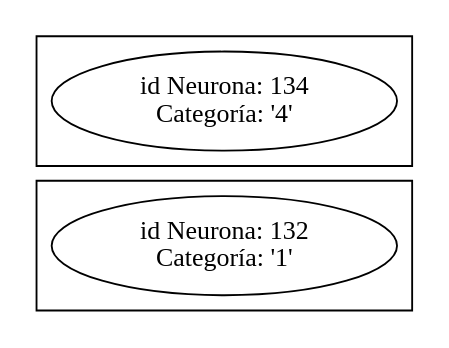
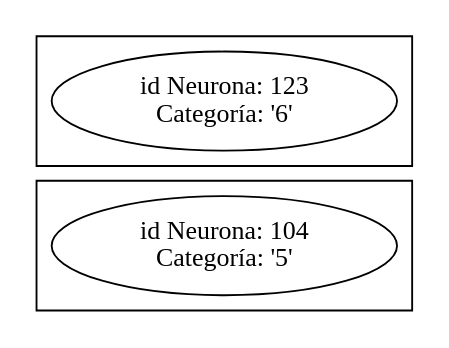
One commit to JohansSosa89/Brain-Cemisid-v1.5 changed the diagram in Obj/net_sight.dot. Above: the diagram before and after it, drawn with Graphviz. The commit also changed 89 other files, not shown here.

```diff
--- a/Obj/net_sight.dot
+++ b/Obj/net_sight.dot
@@ -1,110 +1,111 @@
 graph net_neuron{
 rankdir=LR;
 subgraph cluster_0{ }
-subgraph cluster_1{ "item132" [label=  "id Neurona: 132\nCategor&iacute;a: '1'"];
-}
+subgraph cluster_1{ }
 subgraph cluster_2{ }
 subgraph cluster_3{ }
-subgraph cluster_4{ "item134" [label=  "id Neurona: 134\nCategor&iacute;a: '4'"];
+subgraph cluster_4{ }
+subgraph cluster_5{ "item104" [label=  "id Neurona: 104\nCategor&iacute;a: '5'"];
 }
-subgraph cluster_5{ }
-subgraph cluster_6{ }
+subgraph cluster_6{ "item123" [label=  "id Neurona: 123\nCategor&iacute;a: '6'"];
+}
 subgraph cluster_7{ }
 subgraph cluster_8{ }
 subgraph cluster_9{ }
 subgraph cluster_10{ }
 subgraph cluster_11{ }
 subgraph cluster_12{ }
 subgraph cluster_13{ }
 subgraph cluster_14{ }
 subgraph cluster_15{ }
 subgraph cluster_16{ }
 subgraph cluster_17{ }
 subgraph cluster_18{ }
 subgraph cluster_19{ }
 subgraph cluster_20{ }
 subgraph cluster_21{ }
 subgraph cluster_22{ }
 subgraph cluster_23{ }
 subgraph cluster_24{ }
 subgraph cluster_25{ }
 subgraph cluster_26{ }
 subgraph cluster_27{ }
 subgraph cluster_28{ }
 subgraph cluster_29{ }
 subgraph cluster_30{ }
 subgraph cluster_31{ }
 subgraph cluster_32{ }
 subgraph cluster_33{ }
 subgraph cluster_34{ }
 subgraph cluster_35{ }
 subgraph cluster_36{ }
 subgraph cluster_37{ }
 subgraph cluster_38{ }
 subgraph cluster_39{ }
 subgraph cluster_40{ }
 subgraph cluster_41{ }
 subgraph cluster_42{ }
 subgraph cluster_43{ }
 subgraph cluster_44{ }
 subgraph cluster_45{ }
 subgraph cluster_46{ }
 subgraph cluster_47{ }
 subgraph cluster_48{ }
 subgraph cluster_49{ }
 subgraph cluster_50{ }
 subgraph cluster_51{ }
 subgraph cluster_52{ }
 subgraph cluster_53{ }
 subgraph cluster_54{ }
 subgraph cluster_55{ }
 subgraph cluster_56{ }
 subgraph cluster_57{ }
 subgraph cluster_58{ }
 subgraph cluster_59{ }
 subgraph cluster_60{ }
 subgraph cluster_61{ }
 subgraph cluster_62{ }
 subgraph cluster_63{ }
 subgraph cluster_64{ }
 subgraph cluster_65{ }
 subgraph cluster_66{ }
 subgraph cluster_67{ }
 subgraph cluster_68{ }
 subgraph cluster_69{ }
 subgraph cluster_70{ }
 subgraph cluster_71{ }
 subgraph cluster_72{ }
 subgraph cluster_73{ }
 subgraph cluster_74{ }
 subgraph cluster_75{ }
 subgraph cluster_76{ }
 subgraph cluster_77{ }
 subgraph cluster_78{ }
 subgraph cluster_79{ }
 subgraph cluster_80{ }
 subgraph cluster_81{ }
 subgraph cluster_82{ }
 subgraph cluster_83{ }
 subgraph cluster_84{ }
 subgraph cluster_85{ }
 subgraph cluster_86{ }
 subgraph cluster_87{ }
 subgraph cluster_88{ }
 subgraph cluster_89{ }
 subgraph cluster_90{ }
 subgraph cluster_91{ }
 subgraph cluster_92{ }
 subgraph cluster_93{ }
 subgraph cluster_94{ }
 subgraph cluster_95{ }
 subgraph cluster_96{ }
 subgraph cluster_97{ }
 subgraph cluster_98{ }
 subgraph cluster_99{ }
 subgraph cluster_100{ }
 subgraph cluster_101{ }
 subgraph cluster_102{ }
 subgraph cluster_103{ }
+subgraph cluster_104{ }
 
 }
```
